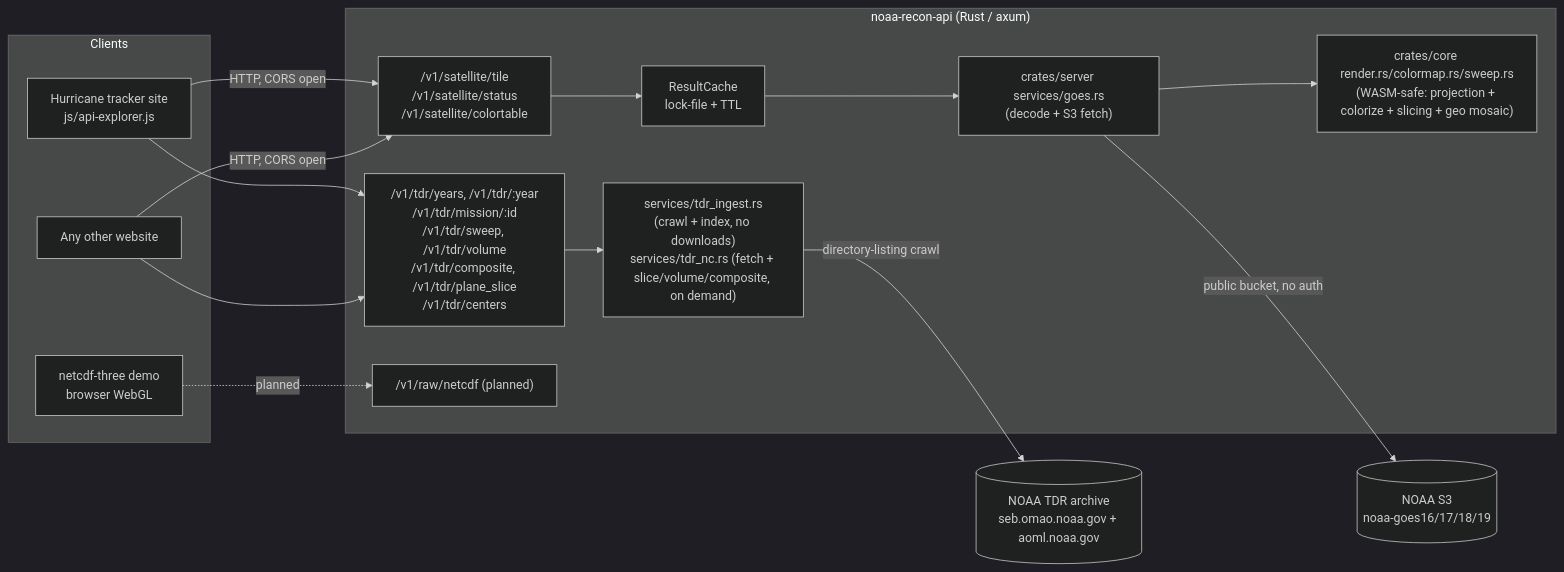
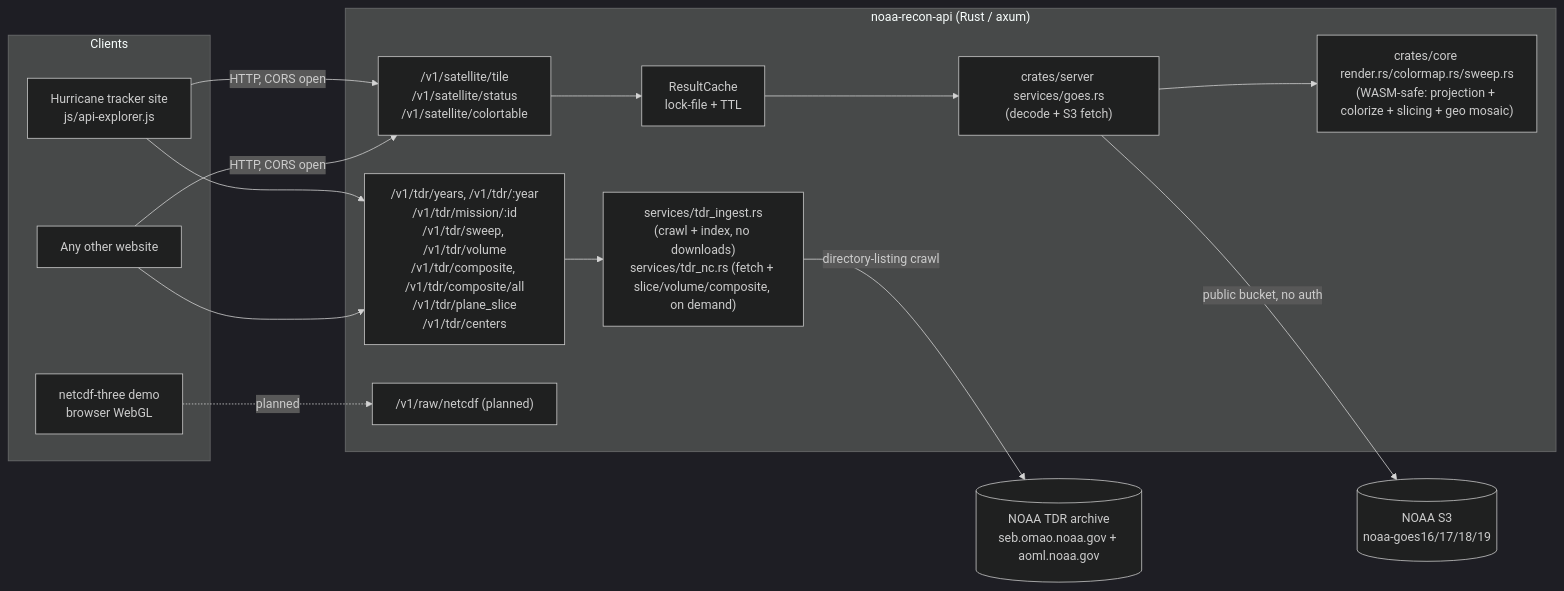
One commit to jjmurdock19/noaa-recon-api changed the first of 2 diagrams in README.md. Above: the diagram before and after it, drawn with Mermaid (dark theme). The commit also changed 3 other files, not shown here.

Commit message:
Added endpoint to composite all data

````diff
--- a/README.md
+++ b/README.md
@@ -455,31 +455,31 @@
 ```mermaid
 flowchart LR
     subgraph Clients
         A[Hurricane tracker site<br/>js/api-explorer.js]
         B[Any other website]
         C[netcdf-three demo<br/>browser WebGL]
     end
 
     subgraph "noaa-recon-api (Rust / axum)"
         D["/v1/satellite/tile<br/>/v1/satellite/status<br/>/v1/satellite/colortable"]
-        E["/v1/tdr/years, /v1/tdr/:year<br/>/v1/tdr/mission/:id<br/>/v1/tdr/sweep, /v1/tdr/volume<br/>/v1/tdr/composite, /v1/tdr/plane_slice<br/>/v1/tdr/centers"]
+        E["/v1/tdr/years, /v1/tdr/:year<br/>/v1/tdr/mission/:id<br/>/v1/tdr/sweep, /v1/tdr/volume<br/>/v1/tdr/composite, /v1/tdr/composite/all<br/>/v1/tdr/plane_slice<br/>/v1/tdr/centers"]
         F["/v1/raw/netcdf (planned)"]
         G[ResultCache<br/>lock-file + TTL]
         H["crates/server services/goes.rs<br/>(decode + S3 fetch)"]
         K["crates/core render.rs/colormap.rs/sweep.rs<br/>(WASM-safe: projection + colorize + slicing + geo mosaic)"]
         L["services/tdr_ingest.rs<br/>(crawl + index, no downloads)<br/>services/tdr_nc.rs (fetch + slice/volume/composite, on demand)"]
     end
 
     I[(NOAA S3<br/>noaa-goes16/17/18/19)]
     J[(NOAA TDR archive<br/>seb.omao.noaa.gov + aoml.noaa.gov)]
 
     A & B -->|HTTP, CORS open| D
     C -.->|planned| F
     D --> G
     G --> H
     H --> K
     H -->|public bucket, no auth| I
     A & B --> E
     E --> L
     L -->|directory-listing crawl| J
 ```
````
